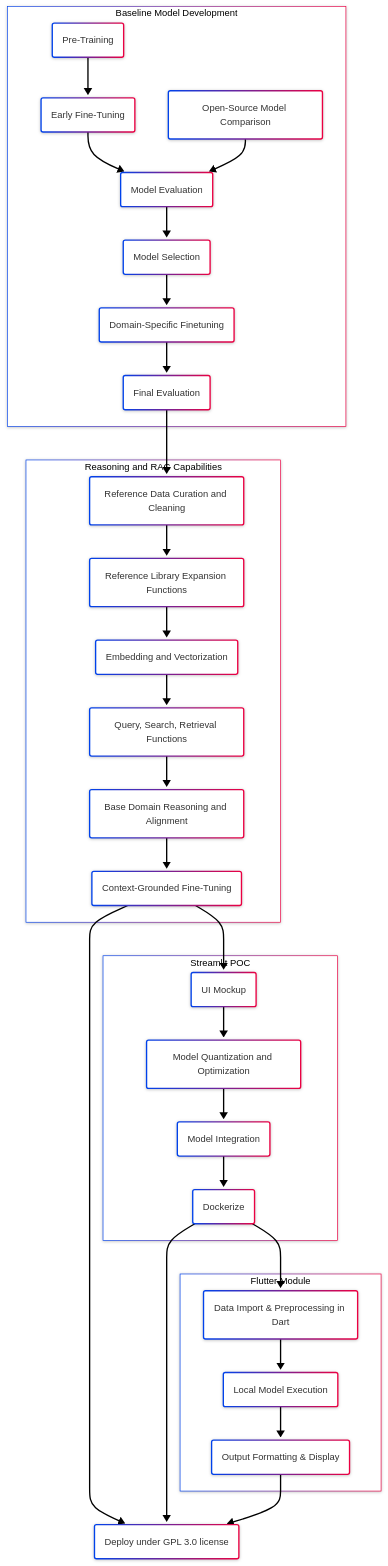
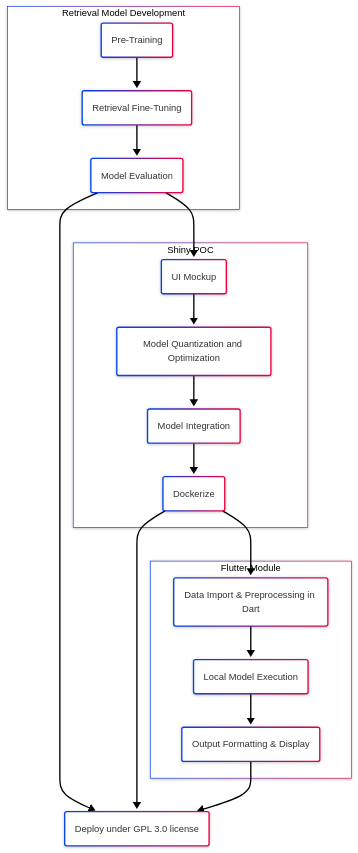
The diagram in projects.qmd (MattLScruggs/arclight-site), drawn with Mermaid before and after one commit. The commit also changed other lines of this file and 2 other files, not shown here.

Commit message:
updated content

````diff
--- a/projects.qmd
+++ b/projects.qmd
@@ -51,61 +51,39 @@
 ```{mermaid}
 %%| echo: false
 ---
 config:
   theme: neo
   look: neo
   layout: dagre
 ---
 flowchart TD
-    subgraph Baseline Model Development
+    subgraph Retrieval Model Development
         Dev("Pre-Training")
-        Fine("Early Fine-Tuning")
-        Open("Open-Source Model Comparison")
+        Fine("Retrieval Fine-Tuning")
         Eval("Model Evaluation")
-        Sel("Model Selection")
-        Dom("Domain-Specific Finetuning")
-        On("Final Evaluation")
-    end
-    subgraph Reasoning and RAG Capabilities
-        Data("Reference Data Curation and Cleaning")
-        Inp("Reference Library Expansion Functions")
-        Proc("Embedding and Vectorization")
-        Ret("Query, Search, Retrieval Functions")
-        Reas("Base Domain Reasoning and Alignment")
-        Cont("Context-Grounded Fine-Tuning")
     end
     GPL("Deploy under GPL 3.0 license")
-    subgraph Streamlit POC
+    subgraph Shiny POC
         UI("UI Mockup")
         Opt("Model Quantization and Optimization")
         Int("Model Integration")
         Dock("Dockerize")
     end
     subgraph Flutter Module
         Pre("Data Import & Preprocessing in Dart")
         Loc("Local Model Execution")
         Out("Output Formatting & Display")
     end
     Dev --> Fine
     Fine --> Eval
-    Open --> Eval
-    Eval --> Sel
-    Sel --> Dom
-    Dom --> On
-    On --> Data
-    Data --> Inp
-    Inp --> Proc
-    Proc --> Ret
-    Ret --> Reas
-    Reas --> Cont
-    Cont --> GPL
-    Cont --> UI
+    Eval --> GPL
+    Eval --> UI
     UI --> Opt
     Opt --> Int
     Int --> Dock
     Dock --> GPL
     Dock --> Pre
     Pre --> Loc
     Loc --> Out
     Out --> GPL
 ```
````
